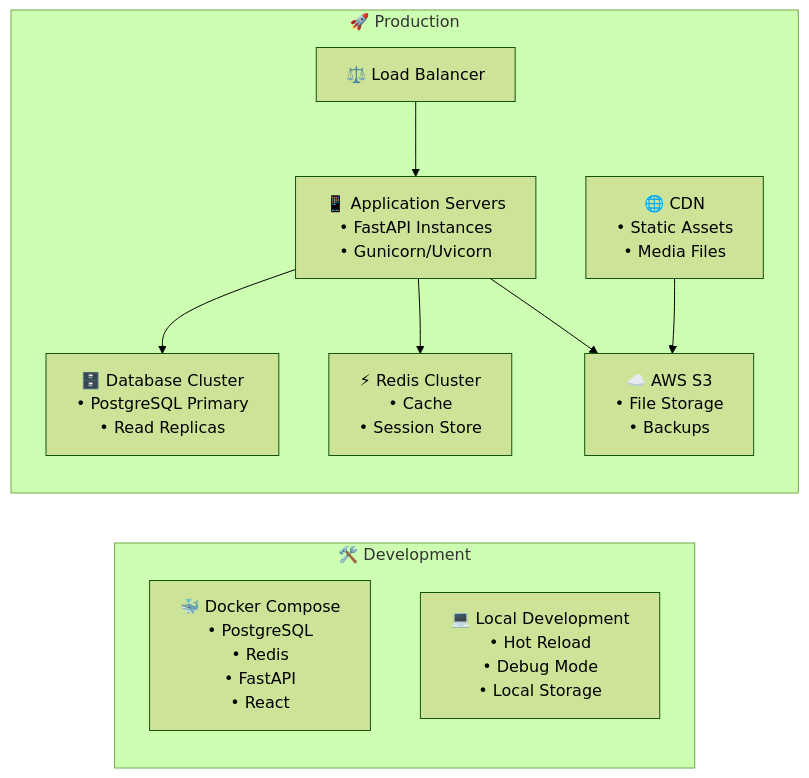
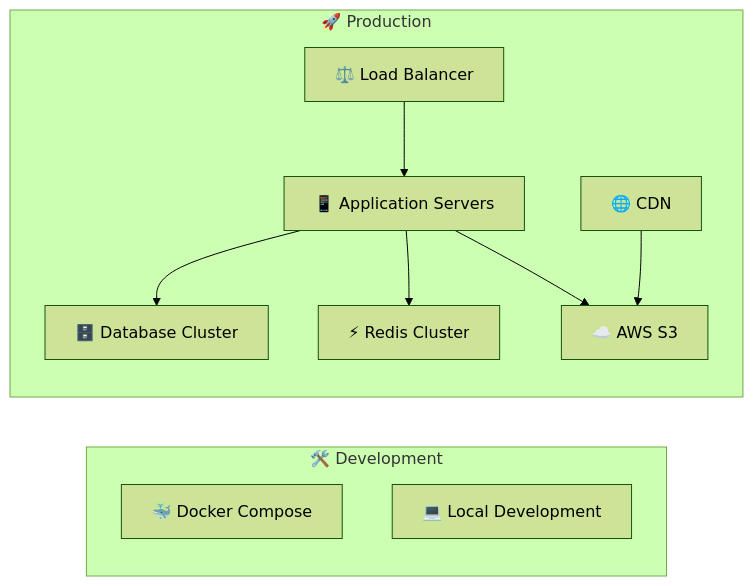
Before and after one commit to FlashGooden/AI-Creative-Studio: the fourth of 4 diagrams in docs/architecture.md, drawn with Mermaid (forest theme). The commit also changed other lines of this file, not shown here.

Commit message:
docs: fix mermaid chart

````diff
--- a/docs/architecture.md
+++ b/docs/architecture.md
@@ -248,22 +248,22 @@
 ```mermaid
 graph LR
     subgraph DEV[🛠️ Development]
-        DC[🐳 Docker Compose<br/>• PostgreSQL<br/>• Redis<br/>• FastAPI<br/>• React]
-        LOCAL[💻 Local Development<br/>• Hot Reload<br/>• Debug Mode<br/>• Local Storage]
+        DC[🐳 Docker Compose]
+        LOCAL[💻 Local Development]
     end
     
     subgraph PROD[🚀 Production]
         LB[⚖️ Load Balancer]
-        APP[📱 Application Servers<br/>• FastAPI Instances<br/>• Gunicorn/Uvicorn]
-        DB[🗄️ Database Cluster<br/>• PostgreSQL Primary<br/>• Read Replicas]
-        REDIS[⚡ Redis Cluster<br/>• Cache<br/>• Session Store]
-        CDN[🌐 CDN<br/>• Static Assets<br/>• Media Files]
-        S3[☁️ AWS S3<br/>• File Storage<br/>• Backups]
+        APP[📱 Application Servers]
+        DB[🗄️ Database Cluster]
+        REDIS[⚡ Redis Cluster]
+        CDN[🌐 CDN]
+        S3[☁️ AWS S3]
     end
     
     LB --> APP
     APP --> DB
     APP --> REDIS
     APP --> S3
     CDN --> S3
 ```
````
